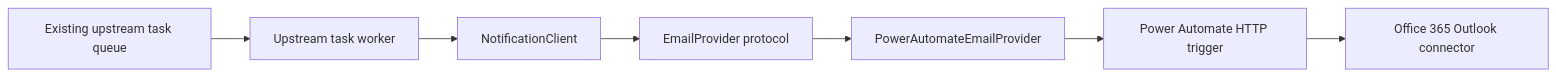
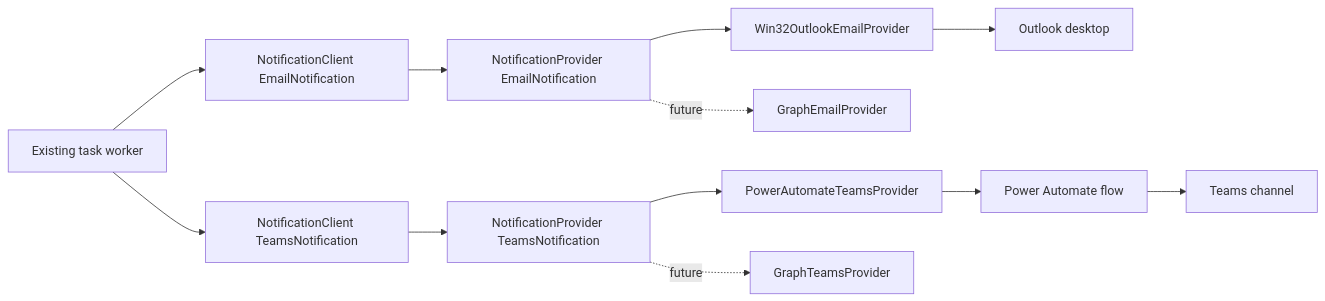
The diagram in docs/architecture.md (sbrock928/notification-service-import-only), drawn with Mermaid before and after one commit. The commit also changed other lines of this file and 37 other files, not shown here.

````diff
--- a/docs/architecture.md
+++ b/docs/architecture.md
@@ -5,9 +6,14 @@
 ```mermaid
 flowchart LR
-  Queue[Existing upstream task queue] --> Worker[Upstream task worker]
-  Worker --> Client[NotificationClient]
-  Client --> Port[EmailProvider protocol]
-  Port --> PA[PowerAutomateEmailProvider]
-  PA --> Flow[Power Automate HTTP trigger]
-  Flow --> Outlook[Office 365 Outlook connector]
+  Worker[Existing task worker] --> EmailClient[NotificationClient EmailNotification]
+  Worker --> TeamsClient[NotificationClient TeamsNotification]
+  EmailClient --> EmailPort[NotificationProvider EmailNotification]
+  TeamsClient --> TeamsPort[NotificationProvider TeamsNotification]
+  EmailPort --> COM[Win32OutlookEmailProvider]
+  TeamsPort --> PA[PowerAutomateTeamsProvider]
+  COM --> Outlook[Outlook desktop]
+  PA --> Flow[Power Automate flow]
+  Flow --> Teams[Teams channel]
+  EmailPort -. future .-> GraphEmail[GraphEmailProvider]
+  TeamsPort -. future .-> GraphTeams[GraphTeamsProvider]
 ```
````
